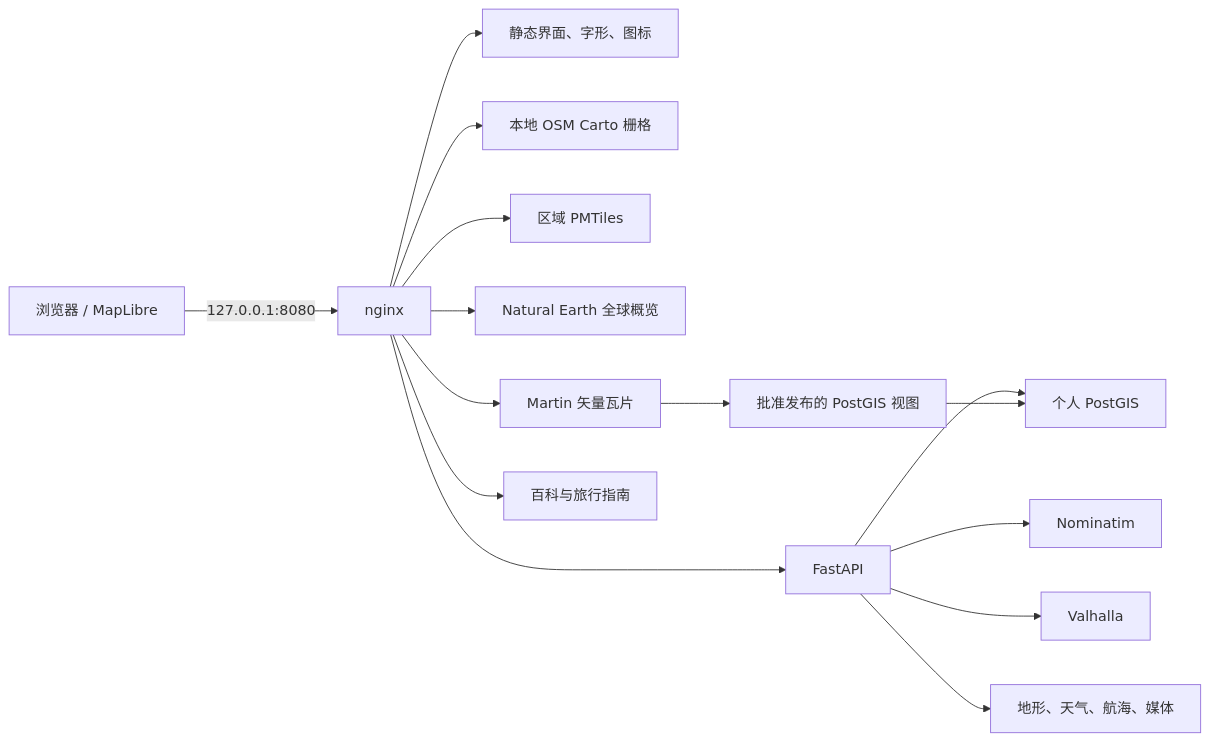
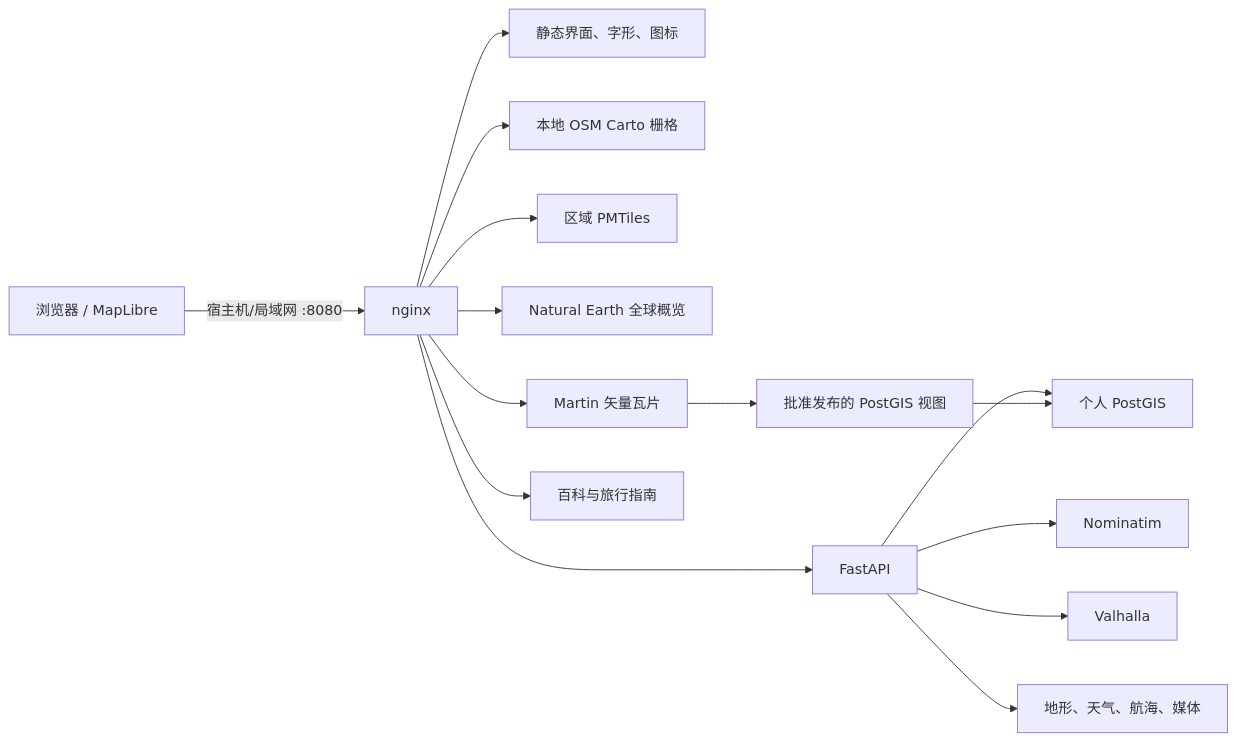
Before and after one commit to bd4rex/TerraSys: the diagram in docs/ARCHITECTURE.zh-CN.md, drawn with Mermaid. The commit also changed other lines of this file and 9 other files, not shown here.

````diff
--- a/docs/ARCHITECTURE.zh-CN.md
+++ b/docs/ARCHITECTURE.zh-CN.md
@@ -15,17 +15,17 @@
 ```mermaid
 flowchart LR
-  Browser["浏览器 / MapLibre"] -->|"127.0.0.1:8080"| Nginx["nginx"]
+  Browser["浏览器 / MapLibre"] -->|"宿主机/局域网 :8080"| Nginx["nginx"]
   Nginx --> Web["静态界面、字形、图标"]
   Nginx --> Carto["本地 OSM Carto 栅格"]
   Nginx --> PM["区域 PMTiles"]
   Nginx --> Overview["Natural Earth 全球概览"]
   Nginx --> API["FastAPI"]
   Nginx --> Martin["Martin 矢量瓦片"]
   Nginx --> Kiwix["百科与旅行指南"]
   API --> PG["个人 PostGIS"]
   API --> Nom["Nominatim"]
   API --> Val["Valhalla"]
   API --> Local["地形、天气、航海、媒体"]
   Martin --> Views["批准发布的 PostGIS 视图"]
   Views --> PG
 ```
````
